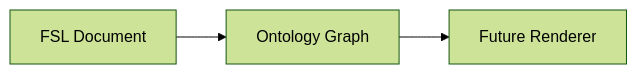
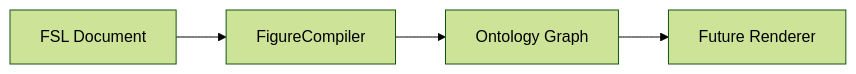
Before and after one commit to insight2017aquib/MedicinalChemistryFigureDesigner: the second of 2 diagrams in README.md, drawn with Mermaid (forest theme). The commit also changed other lines of this file and 13 other files, not shown here.

Commit message:
platform(v0.5): implement figure compilation engine

````diff
--- a/README.md
+++ b/README.md
@@ -160,5 +172,6 @@
 ```mermaid
 flowchart LR
-    FSL[FSL Document] --> Ontology[Ontology Graph]
+    FSL[FSL Document] --> Compiler[FigureCompiler]
+    Compiler --> Ontology[Ontology Graph]
     Ontology --> Renderer[Future Renderer]
 ```
````
